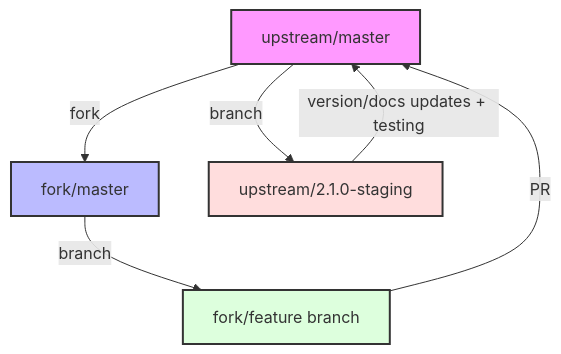
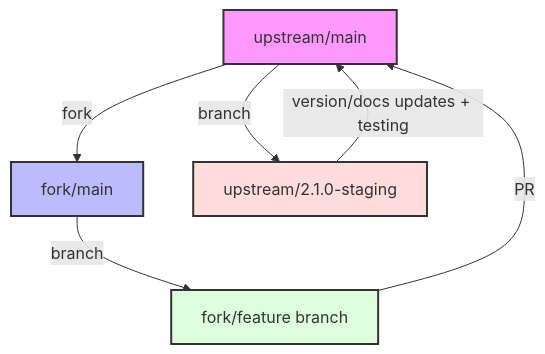
The diagram in docs/development.md (libnano/primer3-py), drawn with Mermaid before and after one commit. The commit also changed other lines of this file, not shown here.

First line of the commit message:
Update docs/development.md for master -> main rename (#184)

````diff
--- a/docs/development.md
+++ b/docs/development.md
@@ -64,14 +64,14 @@
 ```mermaid
 graph TD
-    A[upstream/master] -->|fork| B[fork/master]
+    A[upstream/main] -->|fork| B[fork/main]
     B -->|branch| C[fork/feature branch]
     C -->|PR| A
     A -->|branch| D[upstream/2.1.0-staging]
     D -->|version/docs updates + testing| A
 
     %% Styling
     style A fill:#f9f,stroke:#333,stroke-width:2px
     style B fill:#bbf,stroke:#333,stroke-width:2px
     style C fill:#dfd,stroke:#333,stroke-width:2px
     style D fill:#fdd,stroke:#333,stroke-width:2px
 ```
````
